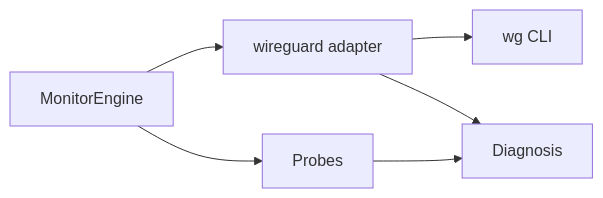
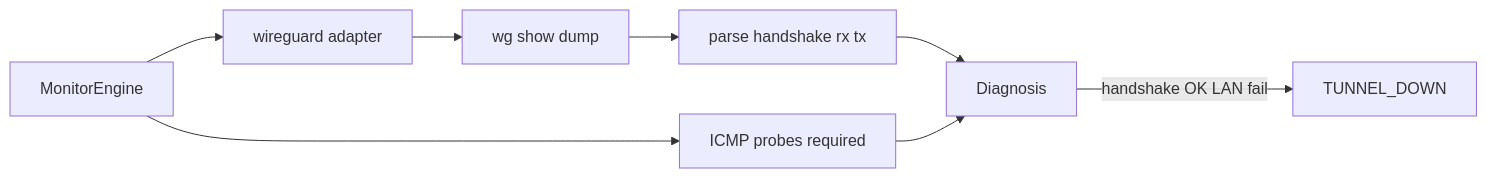
Before and after one commit to roto31/Tunnel-Monitor---Universal: the fourth of 4 diagrams in docs/vpn-solutions/wireguard.md, drawn with Mermaid. The commit also changed other lines of this file and 25 other files, not shown here.

First line of the commit message:
Docs: add vendor citations, topology SVGs, and updated Mermaid.

````diff
--- a/docs/vpn-solutions/wireguard.md
+++ b/docs/vpn-solutions/wireguard.md
@@ -49,8 +58,10 @@
 ```mermaid
 flowchart LR
     E[MonitorEngine] --> A[wireguard adapter]
-    A --> WG[wg CLI]
-    E --> P[Probes]
-    A --> D[Diagnosis]
+    A --> WG[wg show dump]
+    WG --> PARSE[parse handshake rx tx]
+    E --> P[ICMP probes required]
+    PARSE --> D[Diagnosis]
     P --> D
+    D -->|handshake OK LAN fail| TD[TUNNEL_DOWN]
 ```
````
